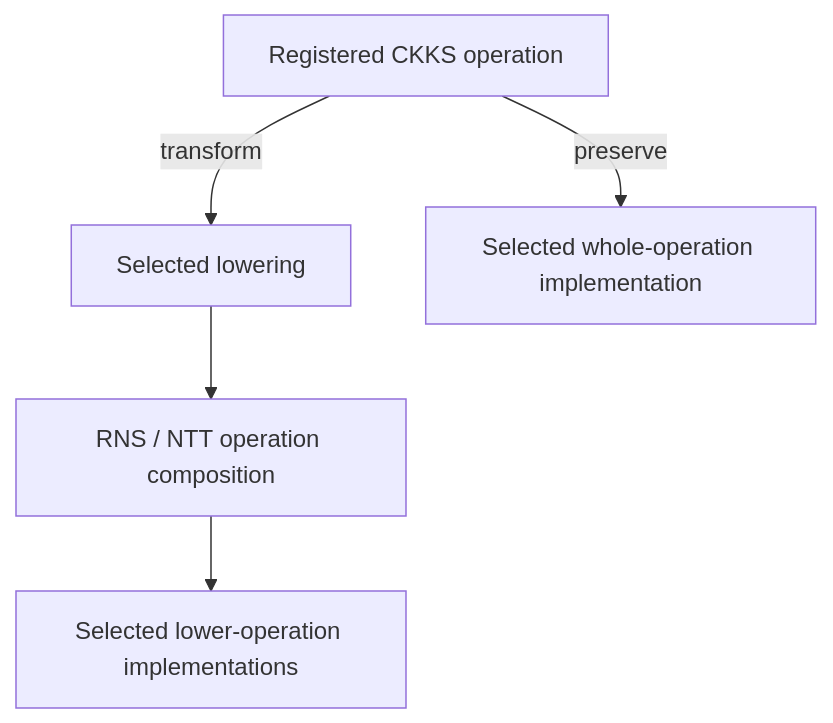
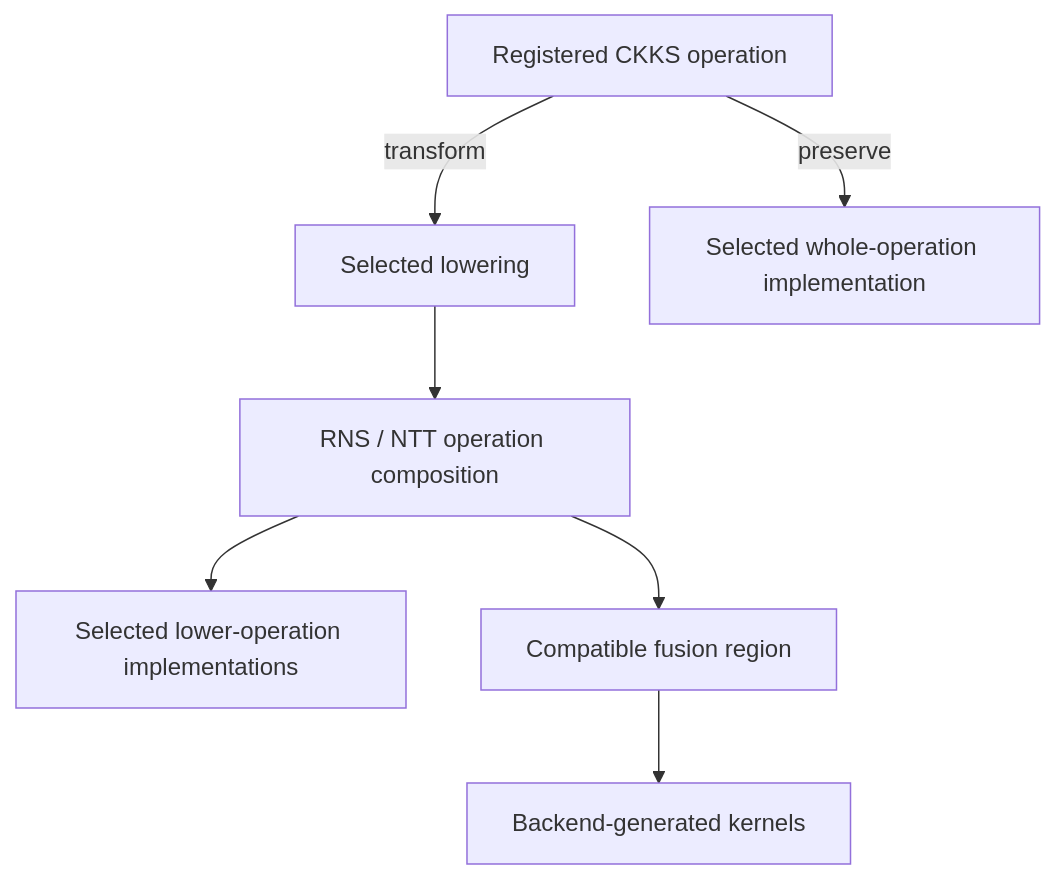
The second of 2 diagrams in docs/concepts/open-compiler-stack.md (visualDust/fhelium), drawn with Mermaid before and after one commit. The commit also changed other lines of this file and 426 other files, not shown here.

````diff
--- a/docs/concepts/open-compiler-stack.md
+++ b/docs/concepts/open-compiler-stack.md
@@ -139,11 +101,14 @@
 ```mermaid
 graph TB
     CKKS[Registered CKKS operation]
     LOWER[Selected lowering]
     LOW[RNS / NTT operation composition]
     WHOLE[Selected whole-operation implementation]
     IMPL[Selected lower-operation implementations]
+    FUSION[Compatible fusion region]
+    GENERATED[Backend-generated kernels]
 
     CKKS -->|preserve| WHOLE
     CKKS -->|transform| LOWER --> LOW --> IMPL
+    LOW --> FUSION --> GENERATED
 ```
````
